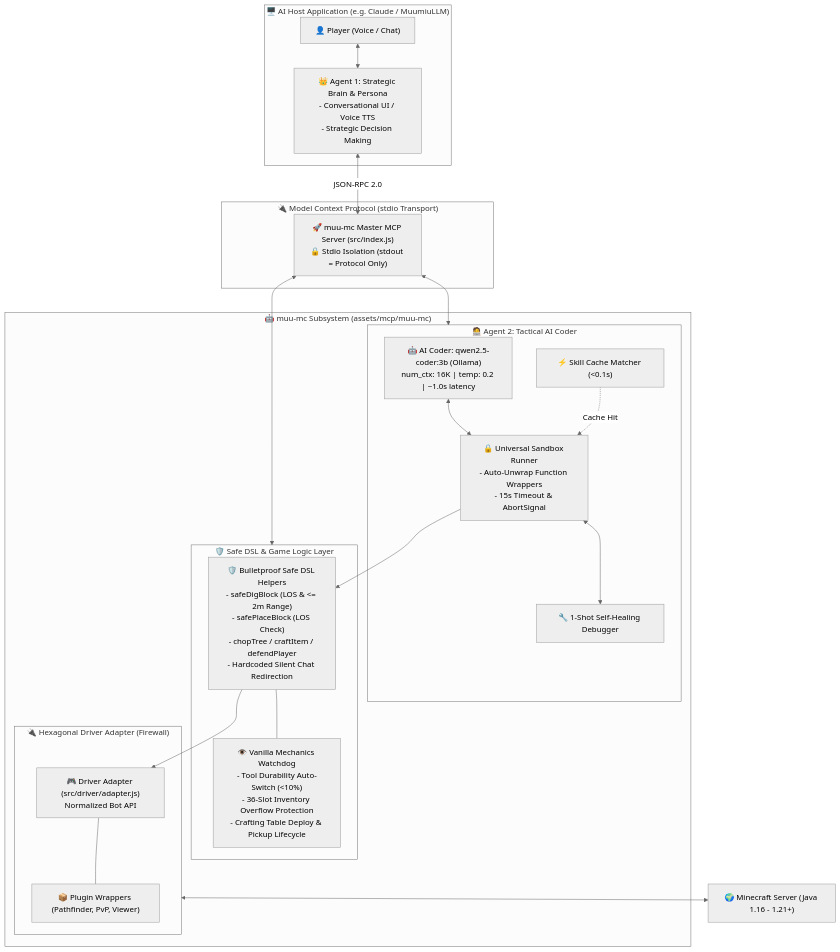
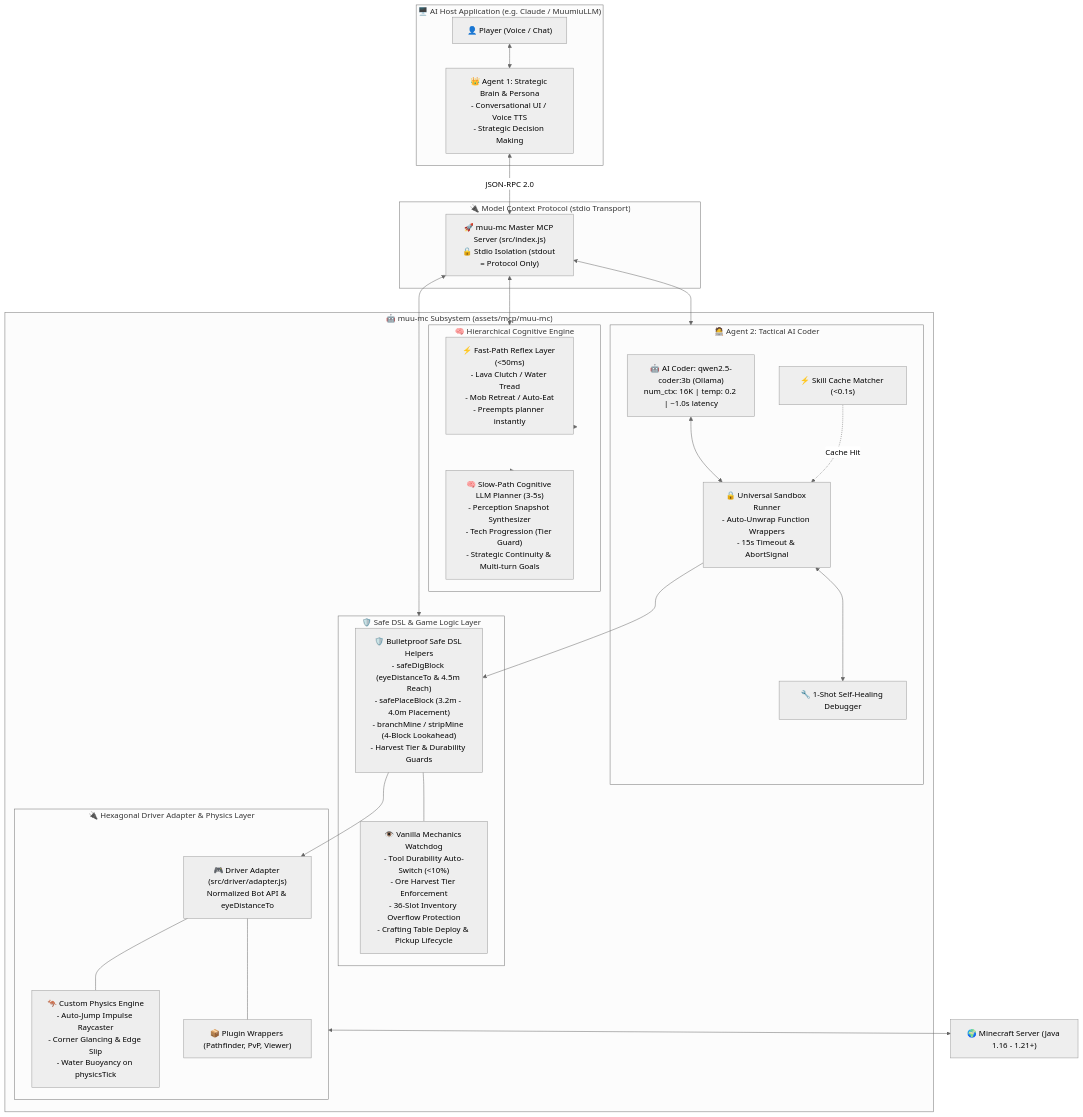
Before and after one commit to Nice2MU/MUUMC: the diagram in README.md, drawn with Mermaid (neutral theme). The commit also changed other lines of this file and 37 other files, not shown here.

First line of the commit message:
feat(muu-mc): hierarchical cognitive architecture, human arm reach (4.5m), ore tool tier guard, and movement physics

````diff
--- a/README.md
+++ b/README.md
@@ -32,43 +35,53 @@
 ```mermaid
 flowchart TB
     subgraph HostLayer["🖥️ AI Host Application (e.g. Claude / MuumiuLLM)"]
         User["👤 Player (Voice / Chat)"]
         A1["👑 Agent 1: Strategic Brain & Persona<br/>- Conversational UI / Voice TTS<br/>- Strategic Decision Making"]
         User <--> A1
     end
 
     subgraph MCPBridge["🔌 Model Context Protocol (stdio Transport)"]
         A1 <-->|JSON-RPC 2.0| MCPServer["🚀 muu-mc Master MCP Server (src/index.js)<br/>🔒 Stdio Isolation (stdout = Protocol Only)"]
     end
 
     subgraph SubsystemLayer["🤖 muu-mc Subsystem (assets/mcp/muu-mc)"]
+        subgraph CognitiveCore["🧠 Hierarchical Cognitive Engine"]
+            FastReflex["⚡ Fast-Path Reflex Layer (<50ms)<br/>- Lava Clutch / Water Tread<br/>- Mob Retreat / Auto-Eat<br/>- Preempts planner instantly"]
+            LLMPlanner["🧠 Slow-Path Cognitive LLM Planner (3-5s)<br/>- Perception Snapshot Synthesizer<br/>- Tech Progression (Tier Guard)<br/>- Strategic Continuity & Multi-turn Goals"]
+        end
+
         subgraph EmbeddedAgent2["🧑‍💻 Agent 2: Tactical AI Coder"]
             A2["🤖 AI Coder: qwen2.5-coder:3b (Ollama)<br/>num_ctx: 16K | temp: 0.2 | ~1.0s latency"]
             SkillCache["⚡ Skill Cache Matcher (<0.1s)"]
             Sandbox["🔒 Universal Sandbox Runner<br/>- Auto-Unwrap Function Wrappers<br/>- 15s Timeout & AbortSignal"]
             Debugger["🔧 1-Shot Self-Healing Debugger"]
             A2 <--> Sandbox
             Sandbox <--> Debugger
             SkillCache -.->|Cache Hit| Sandbox
         end
 
         subgraph BusinessLogic["🛡️ Safe DSL & Game Logic Layer"]
-            DSL["🛡️ Bulletproof Safe DSL Helpers<br/>- safeDigBlock (LOS & <= 2m Range)<br/>- safePlaceBlock (LOS Check)<br/>- chopTree / craftItem / defendPlayer<br/>- Hardcoded Silent Chat Redirection"]
-            Watchdog["👁️ Vanilla Mechanics Watchdog<br/>- Tool Durability Auto-Switch (<10%)<br/>- 36-Slot Inventory Overflow Protection<br/>- Crafting Table Deploy & Pickup Lifecycle"]
+            DSL["🛡️ Bulletproof Safe DSL Helpers<br/>- safeDigBlock (eyeDistanceTo & 4.5m Reach)<br/>- safePlaceBlock (3.2m - 4.0m Placement)<br/>- branchMine / stripMine (4-Block Lookahead)<br/>- Harvest Tier & Durability Guards"]
+            Watchdog["👁️ Vanilla Mechanics Watchdog<br/>- Tool Durability Auto-Switch (<10%)<br/>- Ore Harvest Tier Enforcement<br/>- 36-Slot Inventory Overflow Protection<br/>- Crafting Table Deploy & Pickup Lifecycle"]
             DSL --- Watchdog
         end
 
-        subgraph AdapterLayer["🔌 Hexagonal Driver Adapter (Firewall)"]
-            Adapter["🎮 Driver Adapter (src/driver/adapter.js)<br/>Normalized Bot API"]
+        subgraph AdapterLayer["🔌 Hexagonal Driver Adapter & Physics Layer"]
+            Adapter["🎮 Driver Adapter (src/driver/adapter.js)<br/>Normalized Bot API & eyeDistanceTo"]
+            Physics["🦘 Custom Physics Engine<br/>- Auto-Jump Impulse Raycaster<br/>- Corner Glancing & Edge Slip<br/>- Water Buoyancy on physicsTick"]
             Wrappers["📦 Plugin Wrappers (Pathfinder, PvP, Viewer)"]
+            Adapter --- Physics
             Adapter --- Wrappers
         end
 
+        MCPServer <--> CognitiveCore
         MCPServer <--> EmbeddedAgent2
         MCPServer <--> BusinessLogic
+        CognitiveCore --> FastReflex
+        CognitiveCore --> LLMPlanner
         Sandbox --> DSL
         DSL --> Adapter
     end
 
     AdapterLayer <--> MCServer["🌍 Minecraft Server (Java 1.16 - 1.21+)"]
 ```
````
